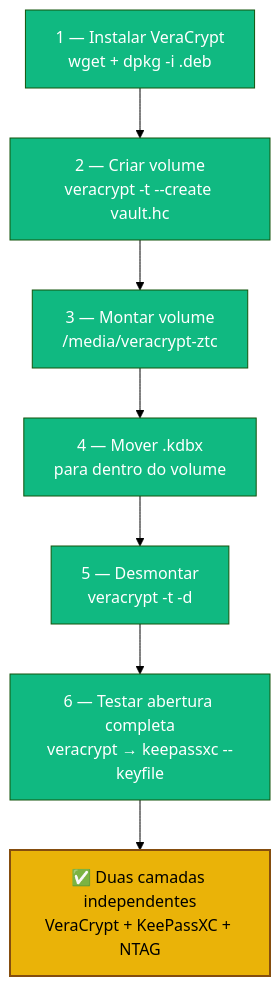
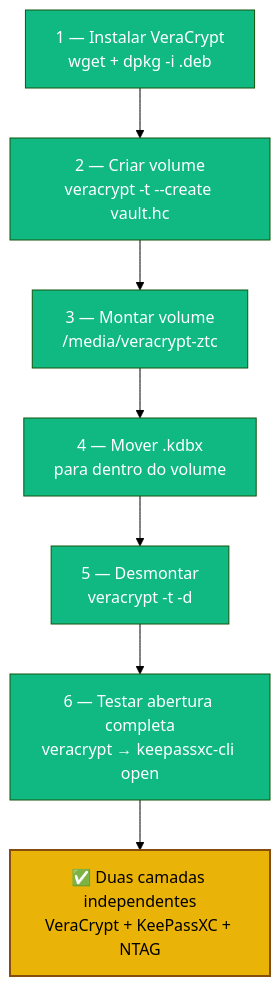
The diagram in playbooks/02-veracrypt-vault.md (VIPs-com/Zero-Trust-Core), drawn with Mermaid (forest theme) before and after one commit. The commit also changed other lines of this file and 3 other files, not shown here.

````diff
--- a/playbooks/02-veracrypt-vault.md
+++ b/playbooks/02-veracrypt-vault.md
@@ -13,17 +13,17 @@
 ```mermaid
 flowchart TD
     A["1 — Instalar VeraCrypt\nwget + dpkg -i .deb"] --> B["2 — Criar volume\nveracrypt -t --create vault.hc"]
     B --> C["3 — Montar volume\n/media/veracrypt-ztc"]
     C --> D["4 — Mover .kdbx\npara dentro do volume"]
     D --> E["5 — Desmontar\nveracrypt -t -d"]
-    E --> F["6 — Testar abertura completa\nveracrypt → keepassxc --keyfile"]
+    E --> F["6 — Testar abertura completa\nveracrypt → keepassxc-cli open"]
     F --> G["✅ Duas camadas independentes\nVeraCrypt + KeePassXC + NTAG"]
 
     style A fill:#10b981,color:#fff
     style B fill:#10b981,color:#fff
     style C fill:#10b981,color:#fff
     style D fill:#10b981,color:#fff
     style E fill:#10b981,color:#fff
     style F fill:#10b981,color:#fff
     style G fill:#eab308,color:#000,stroke:#854d0e,stroke-width:2px
 ```
````
